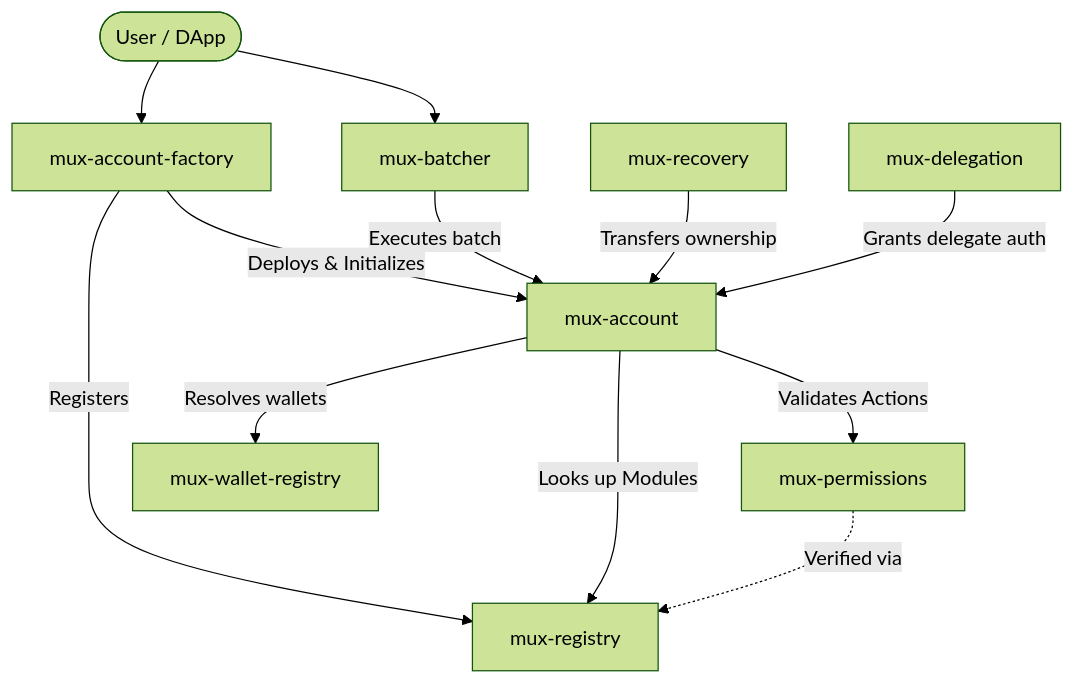
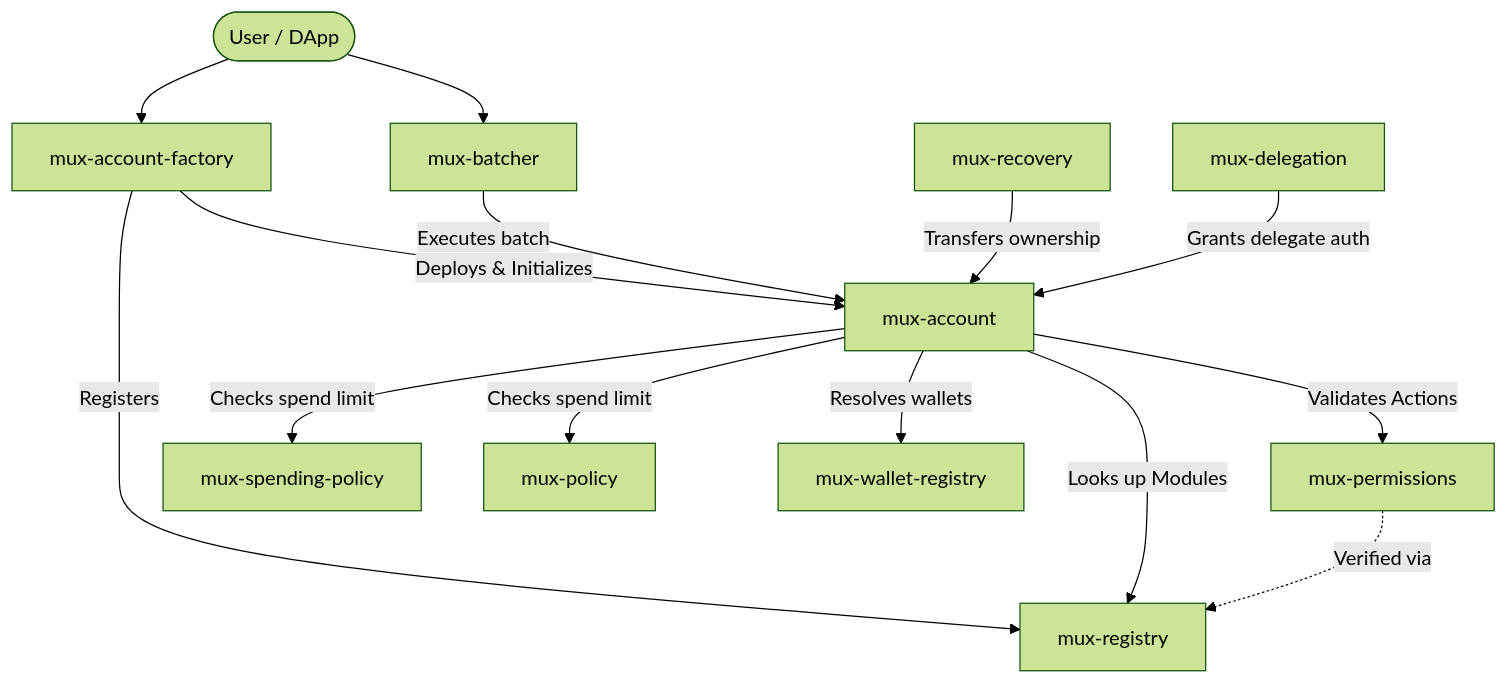
One commit to Asher134/mux-contracts changed the diagram in docs/architecture-overview.md. Above: the diagram before and after it, drawn with Mermaid (forest theme). The commit also changed other lines of this file and 18 other files, not shown here.

````diff
--- a/docs/architecture-overview.md
+++ b/docs/architecture-overview.md
@@ -20,19 +27,22 @@
 ```mermaid
 graph TD
     User([User / DApp]) --> Batcher[mux-batcher]
     User --> Factory[mux-account-factory]
 
     Factory -->|Deploys & Initializes| Account[mux-account]
 
     Batcher -->|Executes batch| Account
 
     Account -->|Validates Actions| Permissions[mux-permissions]
 
     Account -->|Looks up Modules| Registry[mux-registry]
     Factory -->|Registers| Registry
     Permissions -.->|Verified via| Registry
     Account -->|Resolves wallets| WalletRegistry[mux-wallet-registry]
 
     Recovery[mux-recovery] -->|Transfers ownership| Account
     Delegation[mux-delegation] -->|Grants delegate auth| Account
+
+    Account -->|Checks spend limit| Policy[mux-policy]
+    Account -->|Checks spend limit| SpendingPolicy[mux-spending-policy]
 ```
````
